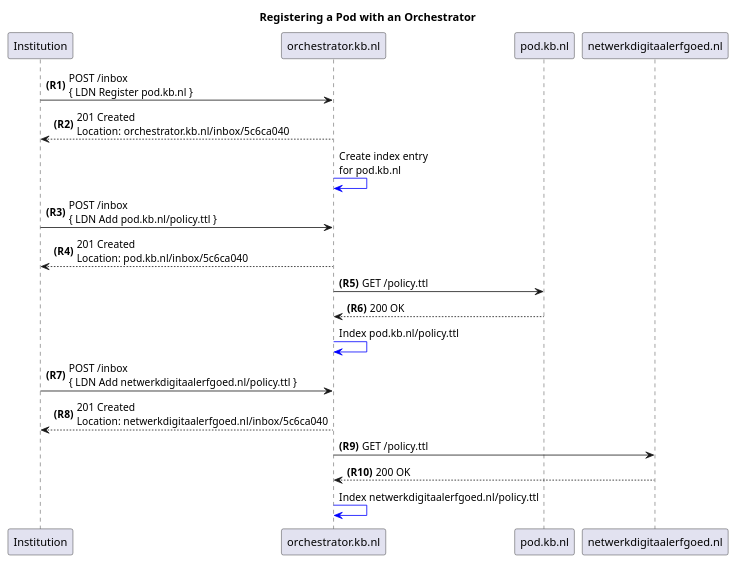
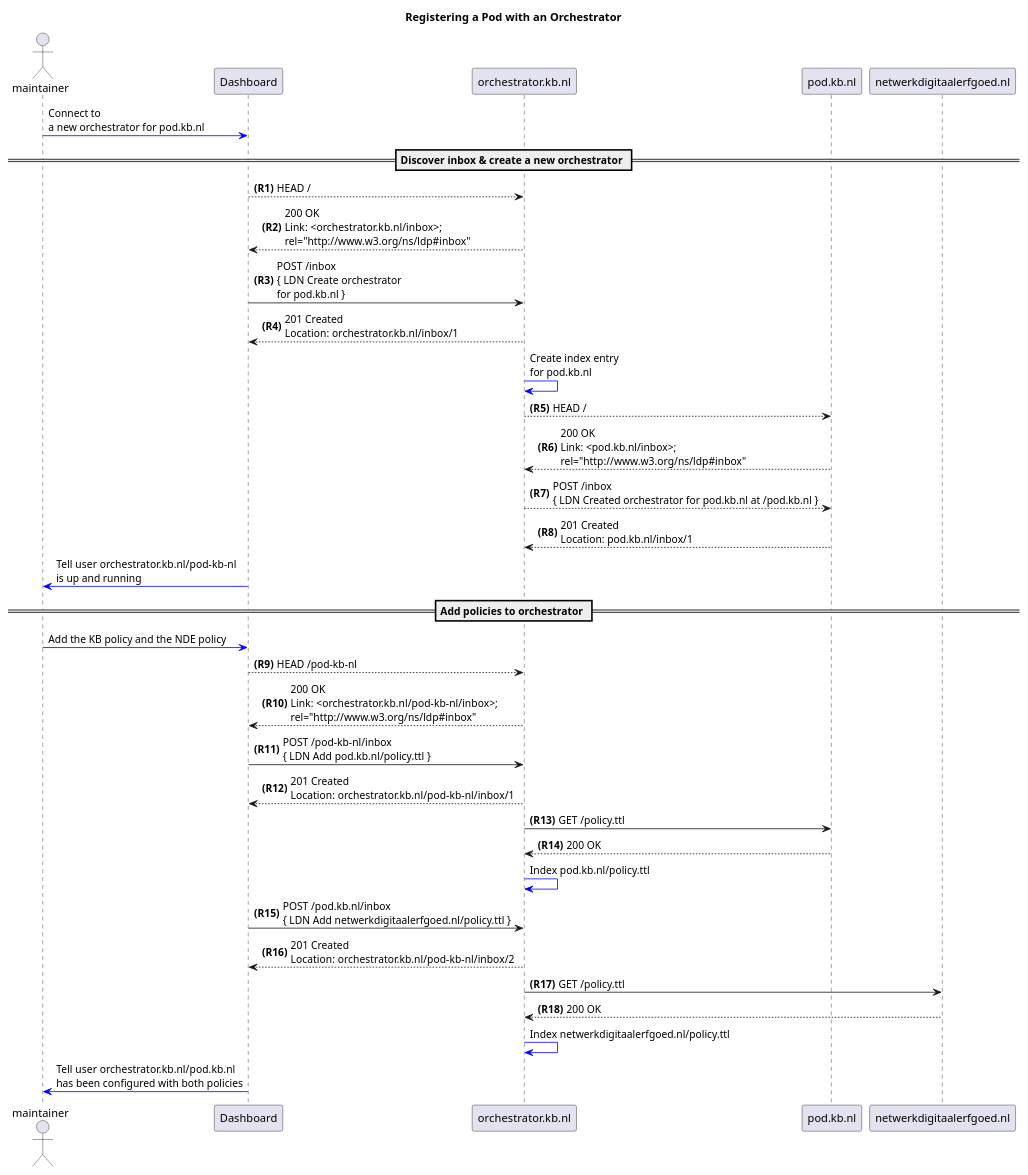
One commit to mielvds/erfgoedpod-sequences changed the diagram in register-with-orchestrator.puml. Above: the diagram before and after it, drawn with PlantUML. The commit also changed 11 other files, not shown here.

Commit message:
Add init sequence and update diagrams

```diff
--- a/register-with-orchestrator.puml
+++ b/register-with-orchestrator.puml
@@ -1,40 +1,68 @@
 @startuml
 
 title
  Registering a Pod with an Orchestrator
 end title
 
 autonumber "<b>(R0)"
-participant Institution as I
+actor maintainer as M
+participant Dashboard as D
 participant orchestrator.kb.nl as O
 participant pod.kb.nl as Pod
 participant netwerkdigitaalerfgoed.nl as NDE
 
+autonumber stop
+M -[#0000FF]> D: Connect to\na new orchestrator for pod.kb.nl
 
-I -> O : POST /inbox\n{ LDN Register pod.kb.nl }
-I <-- O : 201 Created\nLocation: orchestrator.kb.nl/inbox/5c6ca040
+== Discover inbox & create a new orchestrator ==
+
+autonumber resume
+D --> O : HEAD /
+D <-- O: 200 OK\nLink: <orchestrator.kb.nl/inbox>;\nrel="http://www.w3.org/ns/ldp#inbox"
+
+D -> O : POST /inbox\n{ LDN Create orchestrator\nfor pod.kb.nl }
+D <-- O : 201 Created\nLocation: orchestrator.kb.nl/inbox/1
 
 autonumber stop
 O -[#0000FF]> O: Create index entry\nfor pod.kb.nl
 
 autonumber resume
-I -> O : POST /inbox\n{ LDN Add pod.kb.nl/policy.ttl }
-I <-- O : 201 Created\nLocation: pod.kb.nl/inbox/5c6ca040
+O --> Pod : HEAD /
+O <-- Pod: 200 OK\nLink: <pod.kb.nl/inbox>;\nrel="http://www.w3.org/ns/ldp#inbox"
+
+O --> Pod : POST /inbox\n{ LDN Created orchestrator for pod.kb.nl at /pod.kb.nl }
+O <-- Pod : 201 Created\nLocation: pod.kb.nl/inbox/1
+
+autonumber stop
+D -[#0000FF]> M: Tell user orchestrator.kb.nl/pod-kb-nl\nis up and running
+
+== Add policies to orchestrator ==
+
+M -[#0000FF]> D: Add the KB policy and the NDE policy
+
+autonumber resume
+D --> O : HEAD /pod-kb-nl
+D <-- O: 200 OK\nLink: <orchestrator.kb.nl/pod-kb-nl/inbox>;\nrel="http://www.w3.org/ns/ldp#inbox"
+
+D -> O : POST /pod-kb-nl/inbox\n{ LDN Add pod.kb.nl/policy.ttl }
+D <-- O : 201 Created\nLocation: orchestrator.kb.nl/pod-kb-nl/inbox/1
 
 O -> Pod: GET /policy.ttl
 O <-- Pod: 200 OK
 
 autonumber stop
 O -[#0000FF]> O: Index pod.kb.nl/policy.ttl
 
 autonumber resume
-I -> O : POST /inbox\n{ LDN Add netwerkdigitaalerfgoed.nl/policy.ttl }
-I <-- O : 201 Created\nLocation: netwerkdigitaalerfgoed.nl/inbox/5c6ca040
+D -> O : POST /pod.kb.nl/inbox\n{ LDN Add netwerkdigitaalerfgoed.nl/policy.ttl }
+D <-- O : 201 Created\nLocation: orchestrator.kb.nl/pod-kb-nl/inbox/2
 
 O -> NDE: GET /policy.ttl
 O <-- NDE: 200 OK
 
 autonumber stop
 O -[#0000FF]> O: Index netwerkdigitaalerfgoed.nl/policy.ttl
 
+D -[#0000FF]> M: Tell user orchestrator.kb.nl/pod.kb.nl\nhas been configured with both policies 
+
 @enduml
```
